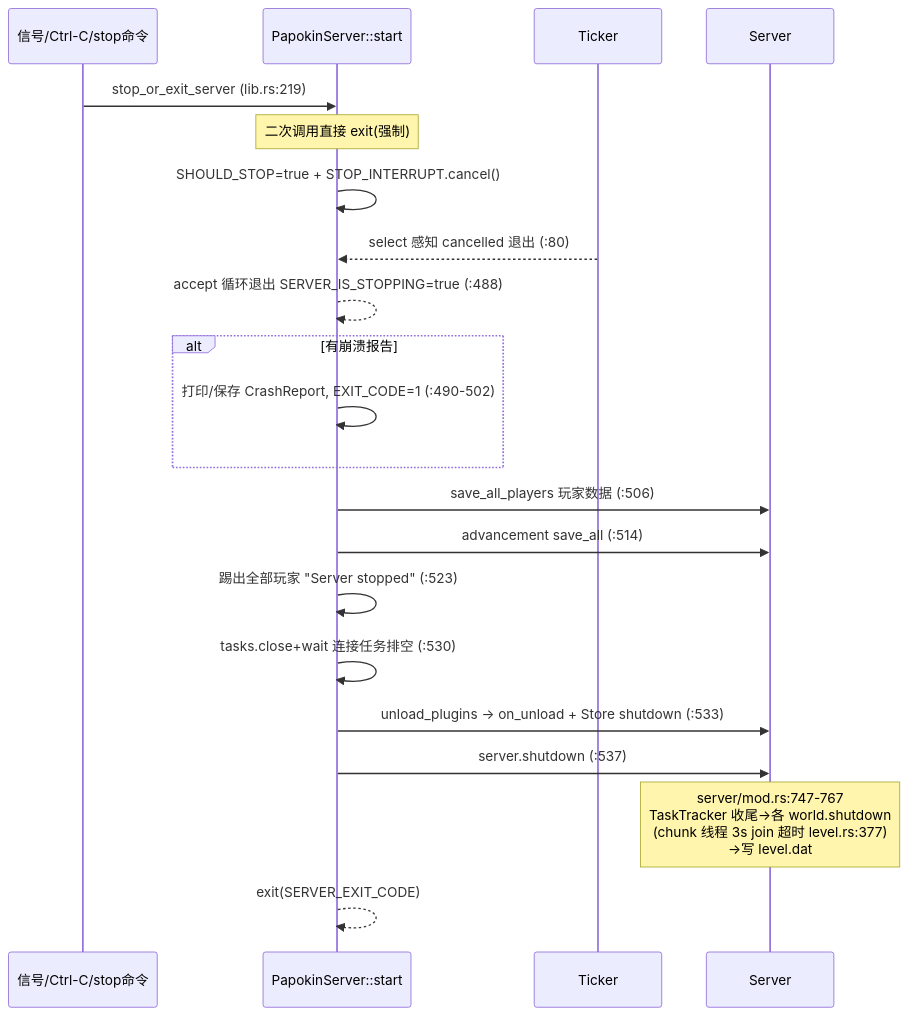
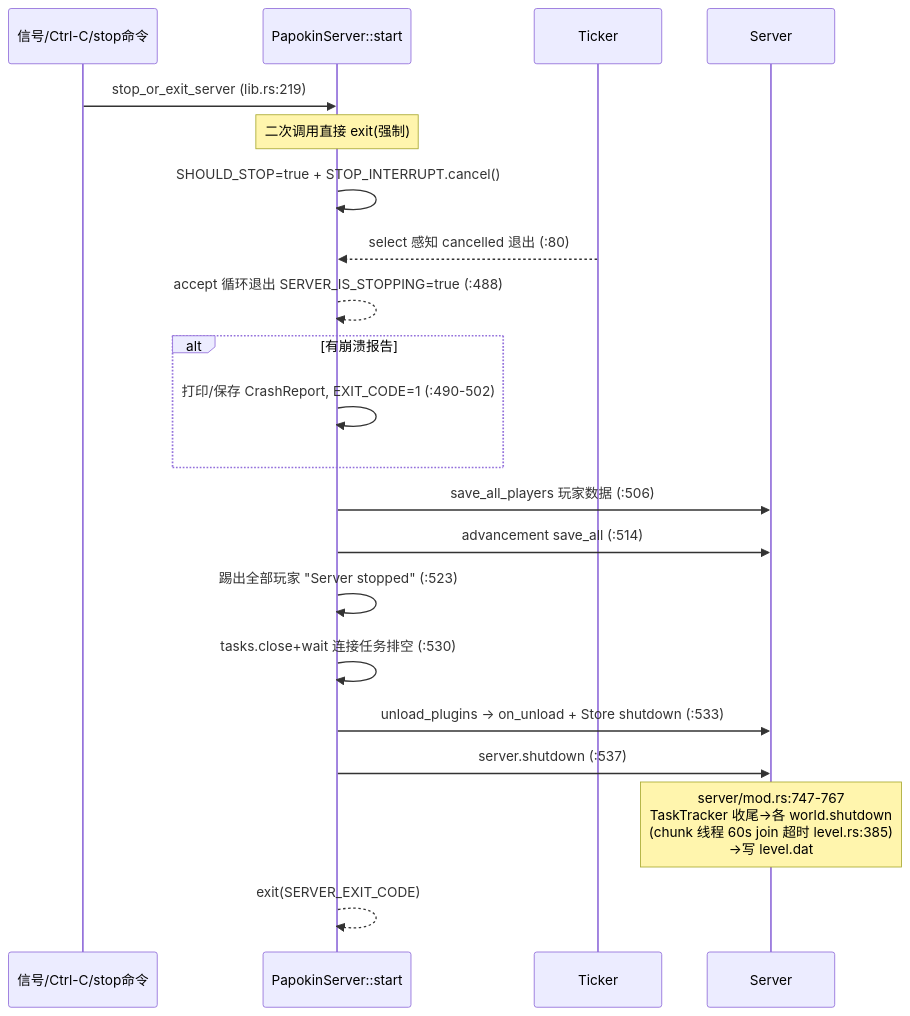
Before and after one commit to Quotidietium/Papokin: the fourth of 5 diagrams in note/06-控制流.md, drawn with Mermaid. The commit also changed other lines of this file and 1 other file, not shown here.

````diff
--- a/note/06-控制流.md
+++ b/note/06-控制流.md
@@ -117,23 +119,23 @@
 ```mermaid
 sequenceDiagram
     participant Sig as 信号/Ctrl-C/stop命令
     participant Main as PapokinServer::start
     participant Tick as Ticker
     participant S as Server
     Sig->>Main: stop_or_exit_server (lib.rs:219)
     Note over Main: 二次调用直接 exit(强制)
     Main->>Main: SHOULD_STOP=true + STOP_INTERRUPT.cancel()
     Tick-->>Main: select 感知 cancelled 退出 (:80)
     Main-->>Main: accept 循环退出 SERVER_IS_STOPPING=true (:488)
     alt 有崩溃报告
         Main->>Main: 打印/保存 CrashReport, EXIT_CODE=1 (:490-502)
     end
     Main->>S: save_all_players 玩家数据 (:506)
     Main->>S: advancement save_all (:514)
     Main->>Main: 踢出全部玩家 "Server stopped" (:523)
     Main->>Main: tasks.close+wait 连接任务排空 (:530)
     Main->>S: unload_plugins → on_unload + Store shutdown (:533)
     Main->>S: server.shutdown (:537)
-    Note over S: server/mod.rs:747-767<br/>TaskTracker 收尾→各 world.shutdown<br/>(chunk 线程 3s join 超时 level.rs:377)<br/>→写 level.dat
+    Note over S: server/mod.rs:747-767<br/>TaskTracker 收尾→各 world.shutdown<br/>(chunk 线程 60s join 超时 level.rs:385)<br/>→写 level.dat
     Main-->>Main: exit(SERVER_EXIT_CODE)
 ```
````
